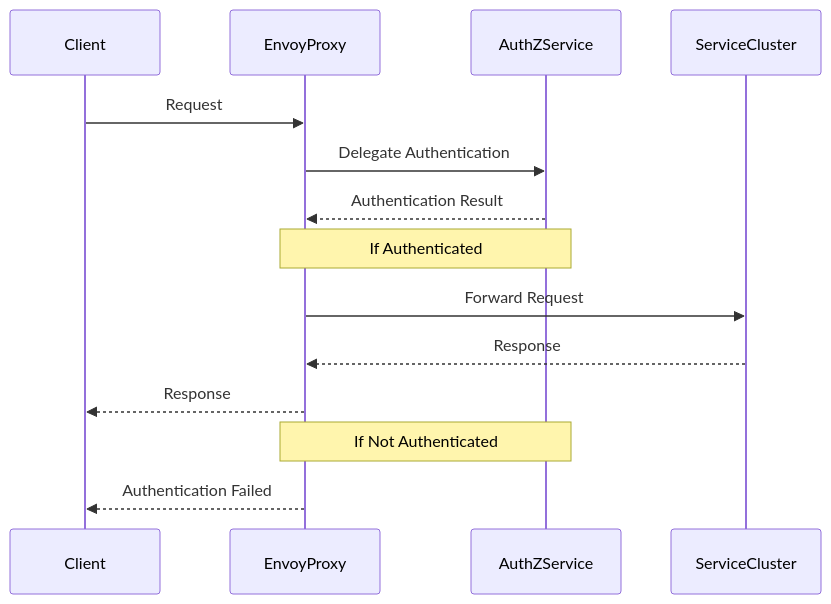
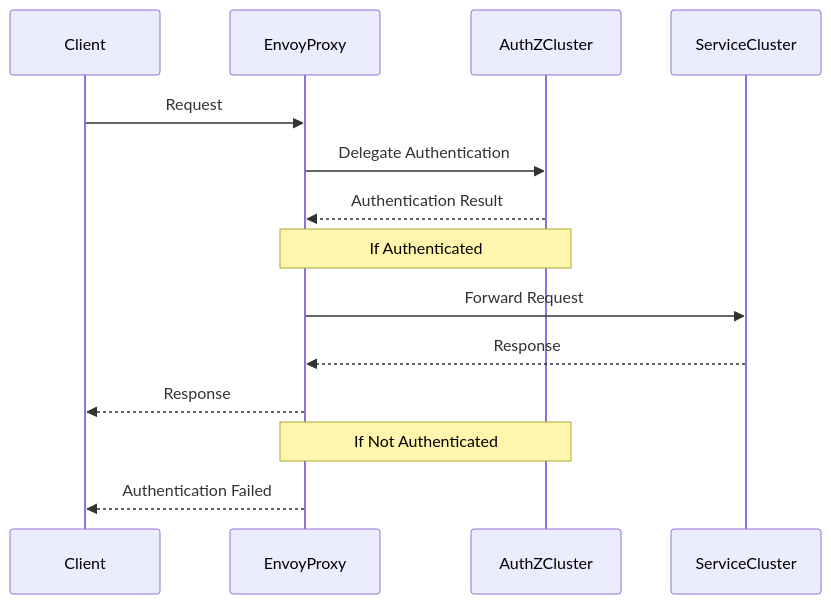
Before and after one commit to viqueen/besto: the diagram in ARCHITECTURE.md, drawn with Mermaid. The commit also changed other lines of this file, not shown here.

Commit message:
update arch readme

````diff
--- a/ARCHITECTURE.md
+++ b/ARCHITECTURE.md
@@ -3,16 +6,16 @@
 ```mermaid
 sequenceDiagram
     participant Client
     participant EnvoyProxy
-    participant AuthZService
+    participant AuthZCluster
     participant ServiceCluster
     Client->>EnvoyProxy: Request
-    EnvoyProxy->>AuthZService: Delegate Authentication
-    AuthZService-->>EnvoyProxy: Authentication Result
-    Note over EnvoyProxy,AuthZService: If Authenticated
+    EnvoyProxy->>AuthZCluster: Delegate Authentication
+    AuthZCluster-->>EnvoyProxy: Authentication Result
+    Note over EnvoyProxy,AuthZCluster: If Authenticated
     EnvoyProxy->>ServiceCluster: Forward Request
     ServiceCluster-->>EnvoyProxy: Response
     EnvoyProxy-->>Client: Response
-    Note over EnvoyProxy,AuthZService: If Not Authenticated
+    Note over EnvoyProxy,AuthZCluster: If Not Authenticated
     EnvoyProxy-->>Client: Authentication Failed
 ```
````
